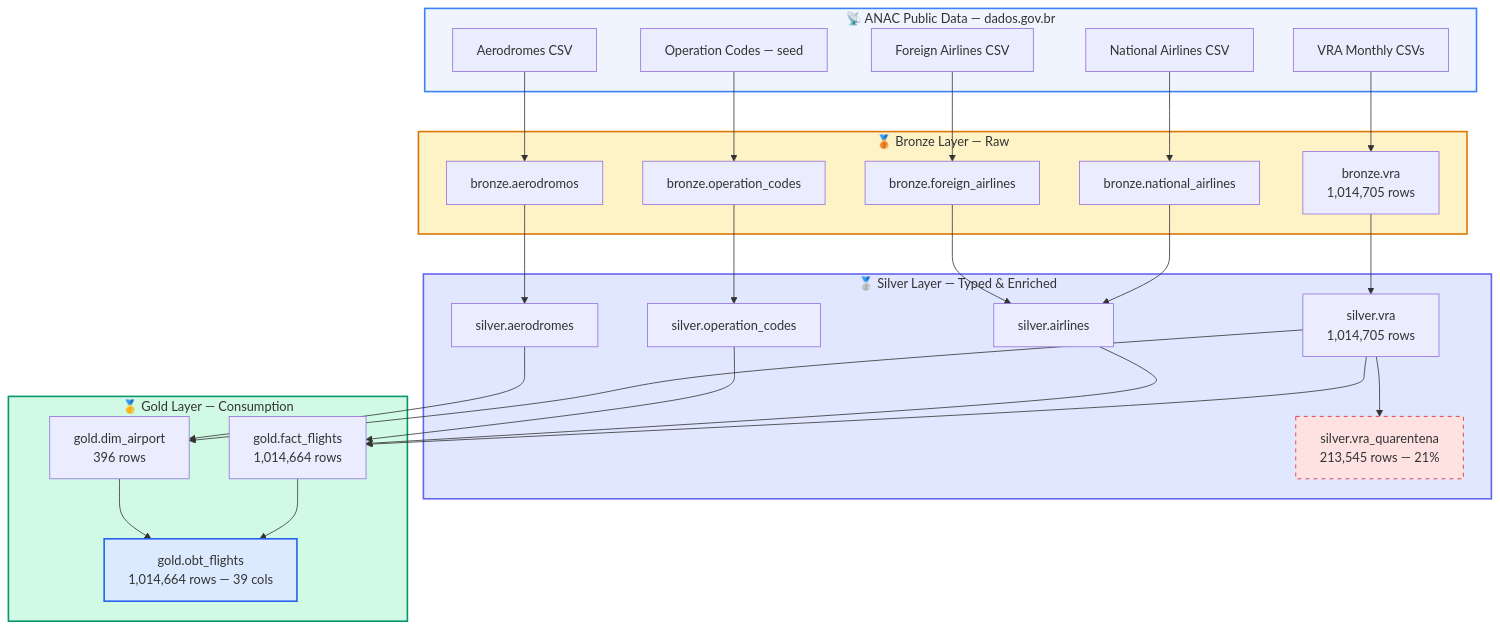
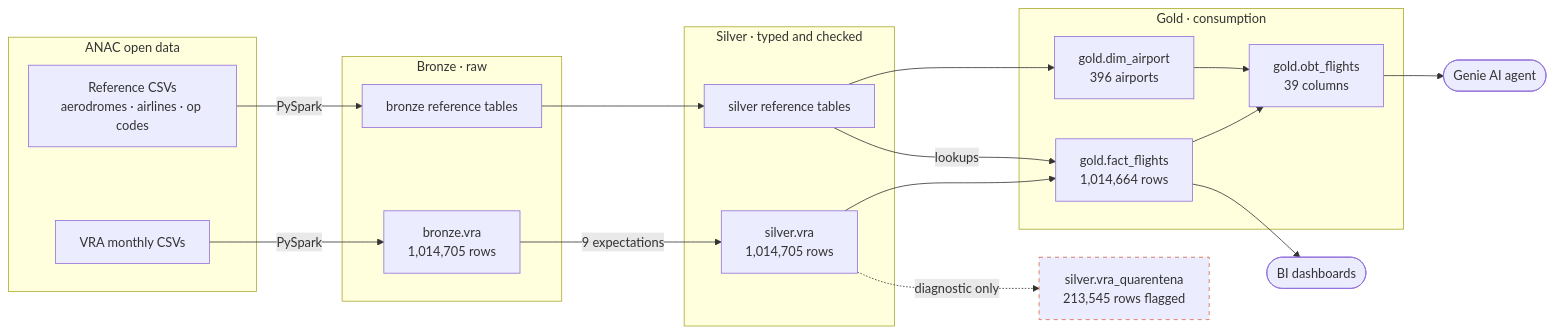
One commit to strohergustavo/anac-data-platform changed the first of 2 diagrams in README.md. Above: the diagram before and after it, drawn with Mermaid. The commit also changed other lines of this file, not shown here.

````diff
--- a/README.md
+++ b/README.md
@@ -114,60 +30,43 @@
 ```mermaid
-graph TD
-    subgraph Sources["📡 ANAC Public Data — dados.gov.br"]
-        VRA["VRA Monthly CSVs"]
-        AER["Aerodromes CSV"]
-        NAT["National Airlines CSV"]
-        FOR["Foreign Airlines CSV"]
-        OPC["Operation Codes — seed"]
+flowchart LR
+    subgraph SRC["ANAC open data"]
+        VRA["VRA monthly CSVs"]
+        REF["Reference CSVs<br/>aerodromes · airlines · op codes"]
     end
 
-    subgraph Bronze["🥉 Bronze Layer — Raw"]
+    subgraph BRZ["Bronze · raw"]
         BV["bronze.vra<br/>1,014,705 rows"]
-        BA["bronze.aerodromos"]
-        BN["bronze.national_airlines"]
-        BF["bronze.foreign_airlines"]
-        BO["bronze.operation_codes"]
+        BR["bronze reference tables"]
     end
 
-    subgraph Silver["🥈 Silver Layer — Typed & Enriched"]
+    subgraph SLV["Silver · typed and checked"]
         SV["silver.vra<br/>1,014,705 rows"]
-        SA["silver.aerodromes"]
-        SL["silver.airlines"]
-        SO["silver.operation_codes"]
-        SQ["silver.vra_quarentena<br/>213,545 rows — 21%"]
+        SR["silver reference tables"]
     end
 
-    subgraph Gold["🥇 Gold Layer — Consumption"]
+    subgraph GLD["Gold · consumption"]
         GF["gold.fact_flights<br/>1,014,664 rows"]
-        GD["gold.dim_airport<br/>396 rows"]
-        GO["gold.obt_flights<br/>1,014,664 rows — 39 cols"]
+        GD["gold.dim_airport<br/>396 airports"]
+        GO["gold.obt_flights<br/>39 columns"]
     end
 
-    VRA --> BV
-    AER --> BA
-    NAT --> BN
-    FOR --> BF
-    OPC --> BO
+    SQ["silver.vra_quarentena<br/>213,545 rows flagged"]
+    BI(["BI dashboards"])
+    GN(["Genie AI agent"])
 
-    BV --> SV
-    BA --> SA
-    BN --> SL
-    BF --> SL
-    BO --> SO
-    SV --> SQ
-
+    VRA -->|PySpark| BV
+    REF -->|PySpark| BR
+    BV -->|9 expectations| SV
+    BR --> SR
     SV --> GF
-    SL --> GF
-    SO --> GF
-    SV --> GD
-    SA --> GD
+    SR -->|lookups| GF
+    SR --> GD
     GF --> GO
     GD --> GO
+    GF --> BI
+    GO --> GN
+    SV -.->|diagnostic only| SQ
 
-    style Sources fill:#f0f4ff,stroke:#3b82f6,stroke-width:2px
-    style Bronze fill:#fef3c7,stroke:#d97706,stroke-width:2px
-    style Silver fill:#e0e7ff,stroke:#6366f1,stroke-width:2px
-    style Gold fill:#d1fae5,stroke:#059669,stroke-width:2px
-    style SQ fill:#fee2e2,stroke:#dc2626,stroke-width:1px,stroke-dasharray:5 5
-    style GO fill:#dbeafe,stroke:#2563eb,stroke-width:2px
+    classDef quarantine stroke:#D9663E,stroke-dasharray:5 5
+    class SQ quarantine
 ```
````
